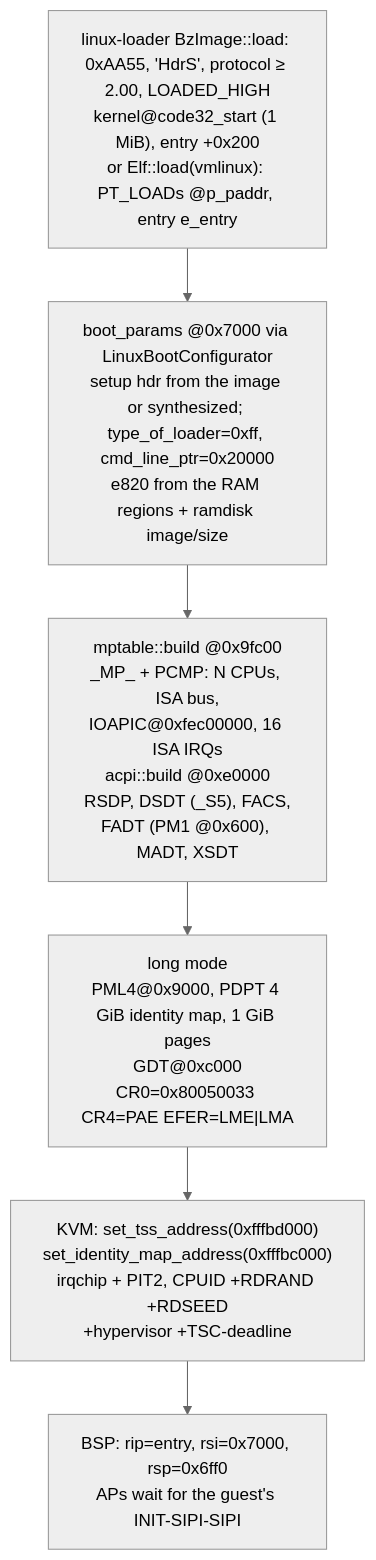
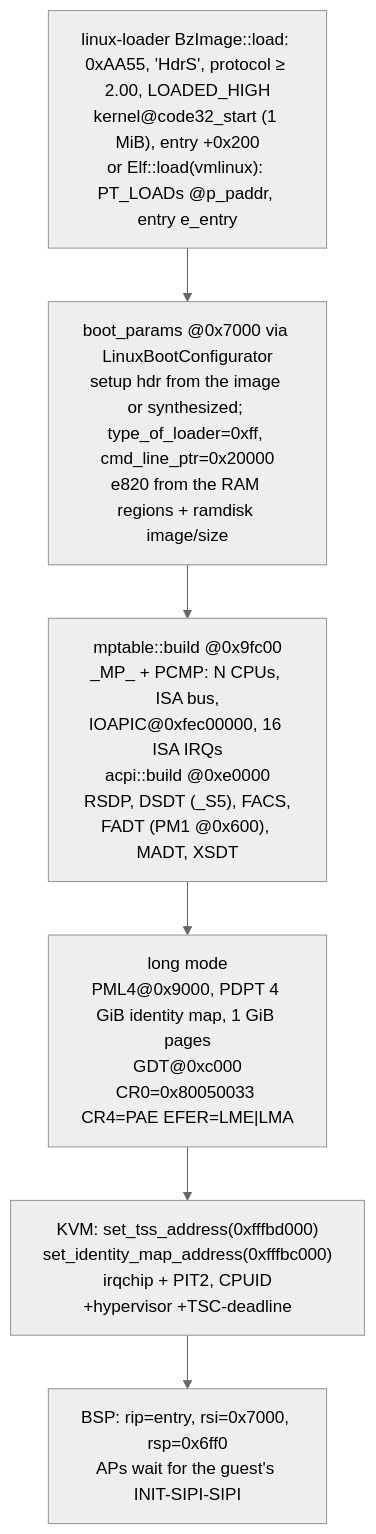
The third of 4 diagrams in docs/architecture.md (brig-sh/hvi-vmm), drawn with Mermaid (neutral theme) before and after one commit. The commit also changed other lines of this file and 1 other file, not shown here.

First line of the commit message:
fix(x86): Pass RDRAND and RDSEED through from the host

````diff
--- a/docs/architecture.md
+++ b/docs/architecture.md
@@ -280,9 +280,9 @@
 ```mermaid
 flowchart TB
     A["linux-loader BzImage::load: 0xAA55, 'HdrS', protocol ≥ 2.00, LOADED_HIGH<br/>kernel@code32_start (1 MiB), entry +0x200<br/>or Elf::load(vmlinux): PT_LOADs @p_paddr, entry e_entry"] --> B
     B["boot_params @0x7000 via LinuxBootConfigurator<br/>setup hdr from the image or synthesized; type_of_loader=0xff, cmd_line_ptr=0x20000<br/>e820 from the RAM regions + ramdisk image/size"] --> C
     C["mptable::build @0x9fc00<br/>_MP_ + PCMP: N CPUs, ISA bus,<br/>IOAPIC@0xfec00000, 16 ISA IRQs<br/>acpi::build @0xe0000<br/>RSDP, DSDT (_S5), FACS,<br/>FADT (PM1 @0x600), MADT, XSDT"] --> D
     D["long mode<br/>PML4@0x9000, PDPT 4 GiB identity map, 1 GiB pages<br/>GDT@0xc000<br/>CR0=0x80050033 CR4=PAE EFER=LME|LMA"] --> E
-    E["KVM: set_tss_address(0xfffbd000)<br/>set_identity_map_address(0xfffbc000)<br/>irqchip + PIT2, CPUID +RDRAND +RDSEED<br/>+hypervisor +TSC-deadline"] --> F
+    E["KVM: set_tss_address(0xfffbd000)<br/>set_identity_map_address(0xfffbc000)<br/>irqchip + PIT2, CPUID<br/>+hypervisor +TSC-deadline"] --> F
     F["BSP: rip=entry, rsi=0x7000, rsp=0x6ff0<br/>APs wait for the guest's INIT-SIPI-SIPI"]
 ```
````
